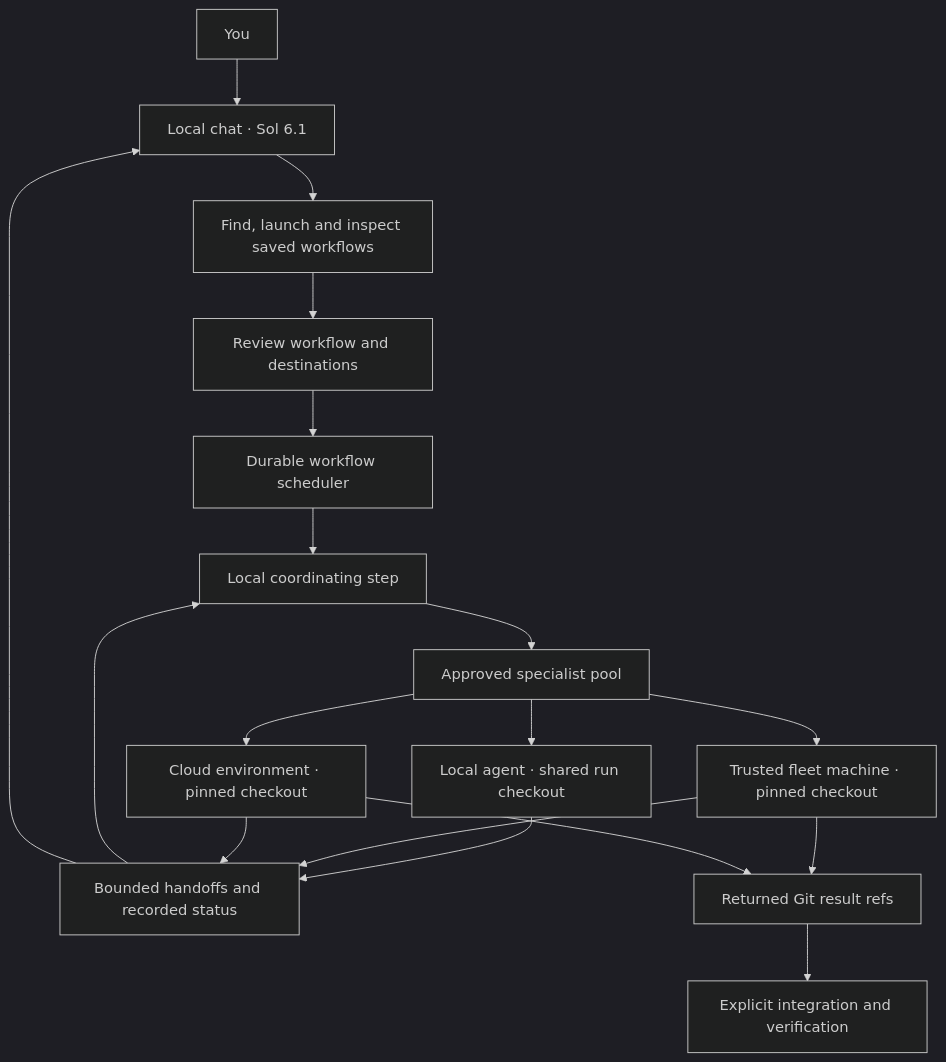
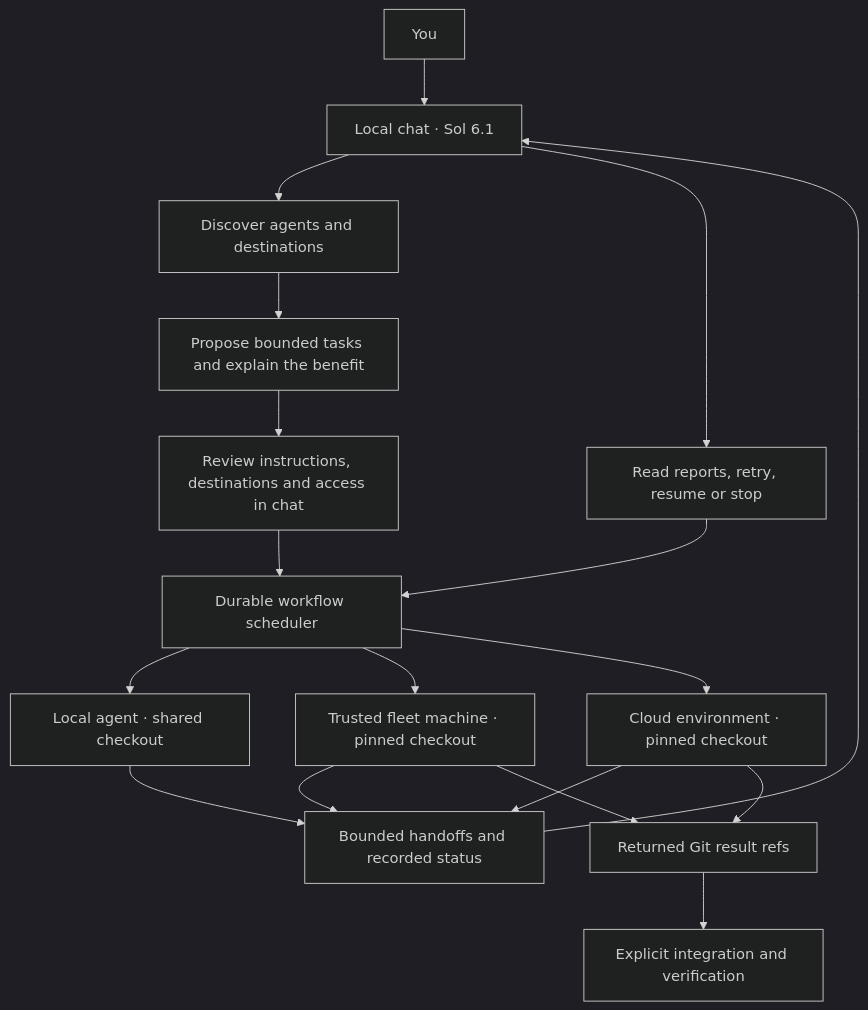
Before and after one commit to anthonyhumphreys/anvil-stack: the first of 3 diagrams in anvil-app/docs/architecture/chat-context-and-orchestration.md, drawn with Mermaid (dark theme). The commit also changed other lines of this file and 33 other files, not shown here.

Commit message:
feat(chat): add approved native agent delegation

````diff
--- a/anvil-app/docs/architecture/chat-context-and-orchestration.md
+++ b/anvil-app/docs/architecture/chat-context-and-orchestration.md
@@ -15,20 +17,20 @@
 ```mermaid
 flowchart TD
     User[You] --> Chat[Local chat · Sol 6.1]
-    Chat --> Tools[Find, launch and inspect saved workflows]
-    Tools --> Approval[Review workflow and destinations]
+    Chat --> Tools[Discover agents and destinations]
+    Tools --> Proposal[Propose bounded tasks and explain the benefit]
+    Proposal --> Approval[Review instructions, destinations and access in chat]
     Approval --> Runner[Durable workflow scheduler]
-    Runner --> Coordinator[Local coordinating step]
-    Coordinator --> Pool[Approved specialist pool]
-    Pool --> Local[Local agent · shared run checkout]
-    Pool --> Fleet[Trusted fleet machine · pinned checkout]
-    Pool --> Cloud[Cloud environment · pinned checkout]
+    Runner --> Local[Local agent · shared checkout]
+    Runner --> Fleet[Trusted fleet machine · pinned checkout]
+    Runner --> Cloud[Cloud environment · pinned checkout]
     Local --> Reports[Bounded handoffs and recorded status]
     Fleet --> Reports
     Cloud --> Reports
-    Reports --> Coordinator
     Reports --> Chat
+    Chat --> Controls[Read reports, retry, resume or stop]
+    Controls --> Runner
     Fleet --> Branches[Returned Git result refs]
     Cloud --> Branches
     Branches --> Integration[Explicit integration and verification]
 ```
````
